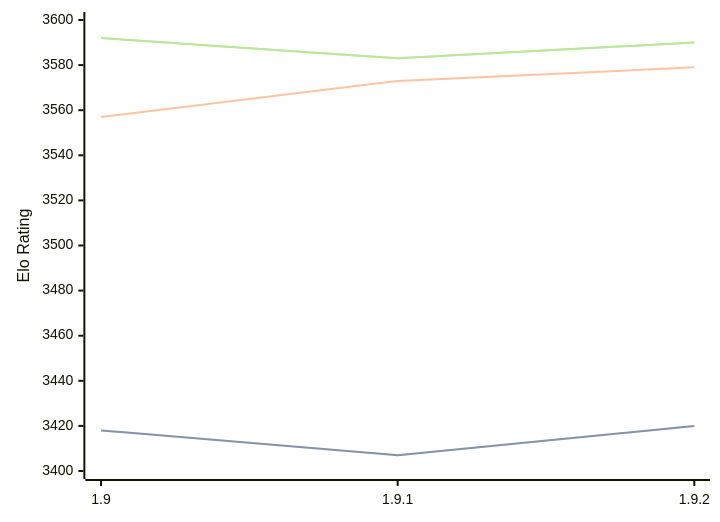
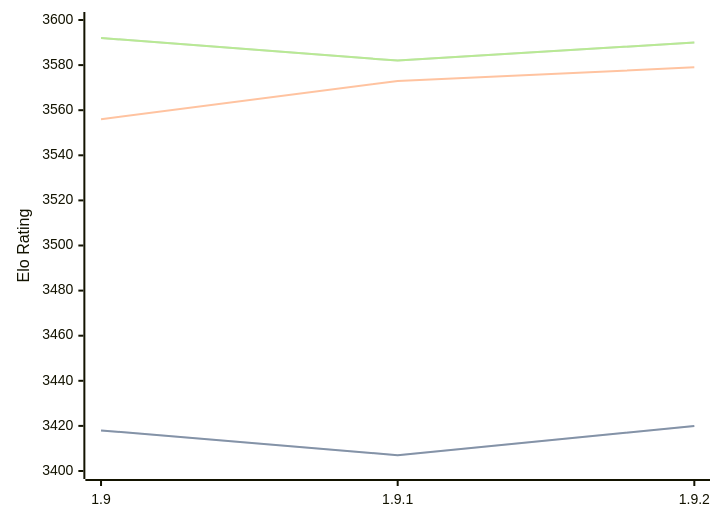
The diagram in engines/Pawnocchio.md (computer-chess-index/cci), drawn with Mermaid before and after one commit. The commit also changed other lines of this file, not shown here.

Commit message:
Update CCI Ratings (ELO VLTC) - 2026-02-28

````diff
--- a/engines/Pawnocchio.md
+++ b/engines/Pawnocchio.md
@@ -46,11 +46,11 @@
 ```mermaid
 %%{init: {"theme":"base","themeVariables":{"seriesColors:['#a3a3a3','#222221','#faa371']}}}%%
 xychart-beta
   x-axis ["1.9", "1.9.1", "1.9.2"]
   y-axis "Elo Rating" 3400 --> 3600
   line "STC (8.0+0.08s)" [3418, 3407, 3420]
   line "STC (8.0+0.08s)" [3418, 3407, 3420]
-  line "LTC (60.0+0.60s)" [3557, 3573, 3579]
-  line "VLTC (2m24s+1.12s)" [3592, 3583, 3590]
-  line "VLTC (2m24s+1.12s)" [3592, 3583, 3590]
+  line "LTC (60.0+0.60s)" [3556, 3573, 3579]
+  line "VLTC (2m24s+1.12s)" [3592, 3582, 3590]
+  line "VLTC (2m24s+1.12s)" [3592, 3582, 3590]
 ```
````
